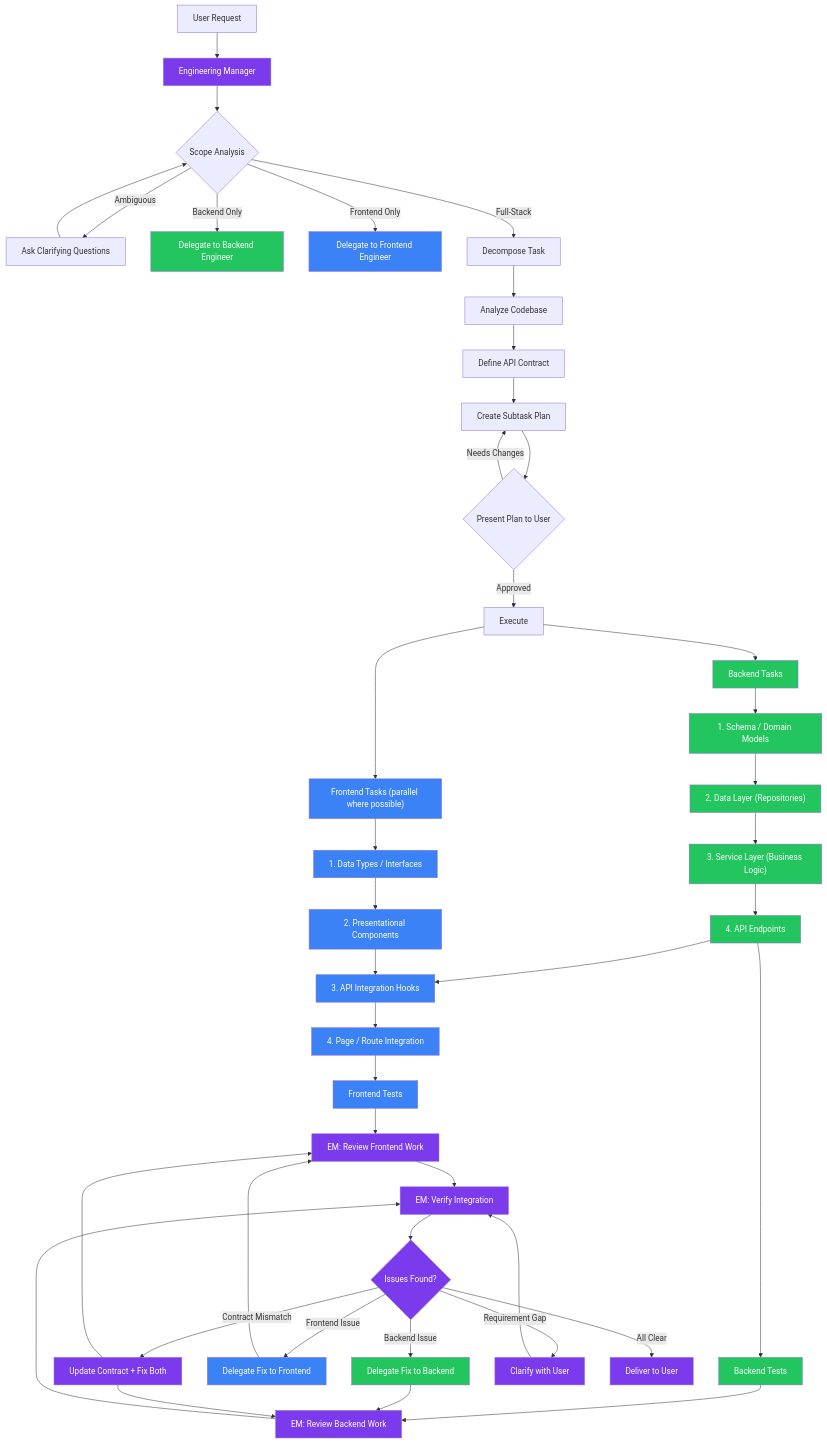
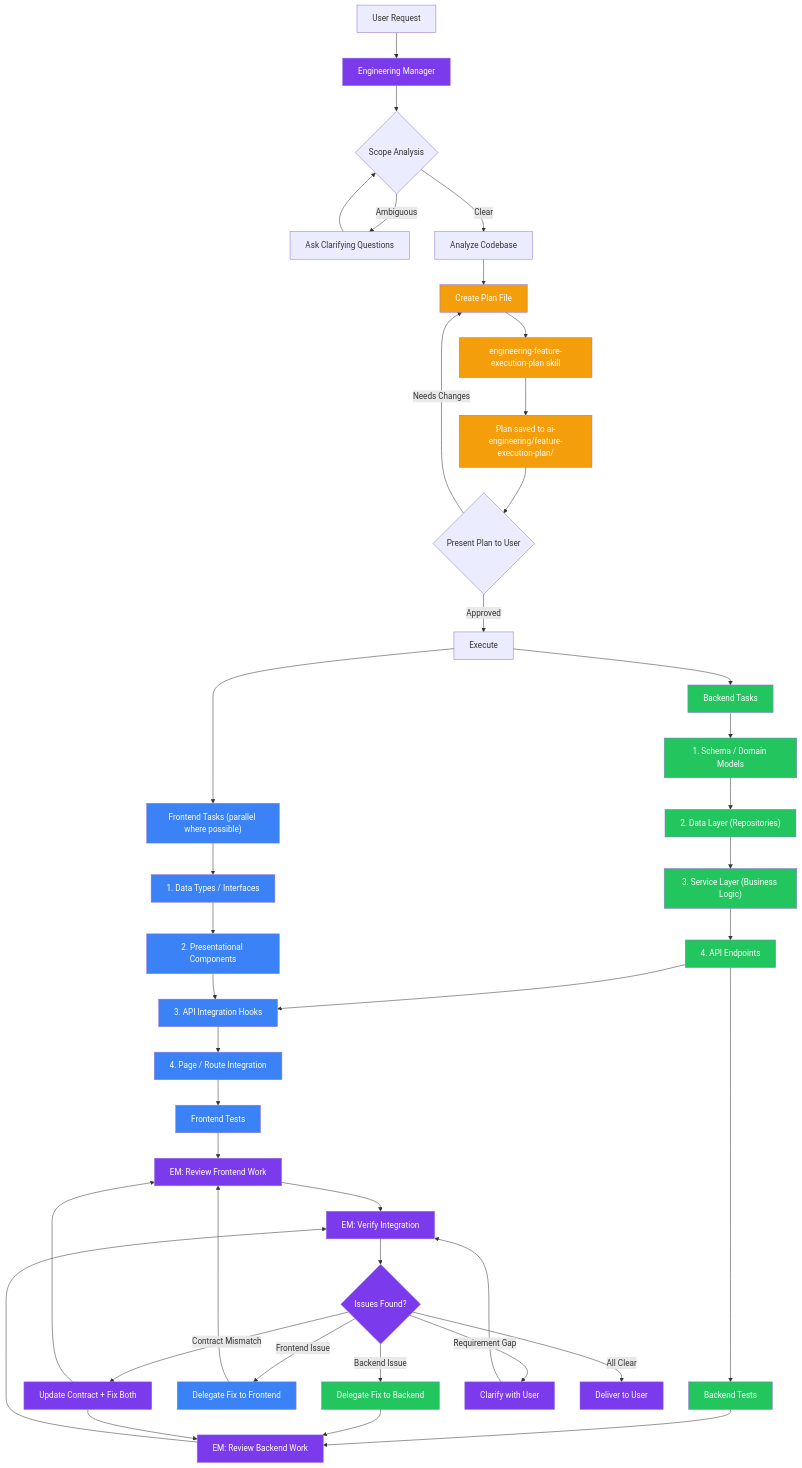
The diagram in agents/engineering-manager.md (sendyhalim/ai-skills), drawn with Mermaid before and after one commit. The commit also changed other lines of this file and 1 other file, not shown here.

Commit message:
feat: Extract eng manager planning instruction to a separate engineering-feature-execution-plan skill

````diff
--- a/agents/engineering-manager.md
+++ b/agents/engineering-manager.md
@@ -173,80 +132,79 @@
 ```mermaid
 graph TD
     A["User Request"] --> B["Engineering Manager"]
 
     B --> C{"Scope Analysis"}
     C -->|"Ambiguous"| D["Ask Clarifying Questions"]
     D --> C
-    C -->|"Backend Only"| E["Delegate to Backend Engineer"]
-    C -->|"Frontend Only"| F["Delegate to Frontend Engineer"]
-    C -->|"Full-Stack"| G["Decompose Task"]
+    C -->|"Clear"| G["Analyze Codebase"]
 
-    G --> H["Analyze Codebase"]
-    H --> I["Define API Contract"]
-    I --> J["Create Subtask Plan"]
+    G --> H["Create Plan File"]
+    H --> I["engineering-feature-execution-plan skill"]
+    I --> J["Plan saved to ai-engineering/feature-execution-plan/"]
 
     J --> K{"Present Plan to User"}
     K -->|"Approved"| L["Execute"]
-    K -->|"Needs Changes"| J
+    K -->|"Needs Changes"| H
 
     L --> M["Backend Tasks"]
     L --> N["Frontend Tasks (parallel where possible)"]
 
     M --> M1["1. Schema / Domain Models"]
     M1 --> M2["2. Data Layer (Repositories)"]
     M2 --> M3["3. Service Layer (Business Logic)"]
     M3 --> M4["4. API Endpoints"]
 
     N --> N1["1. Data Types / Interfaces"]
     N1 --> N2["2. Presentational Components"]
 
     M4 --> N3["3. API Integration Hooks"]
     N2 --> N3
     N3 --> N4["4. Page / Route Integration"]
 
     M4 --> O["Backend Tests"]
     N4 --> P["Frontend Tests"]
 
     O --> Q["EM: Review Backend Work"]
     P --> S["EM: Review Frontend Work"]
 
     Q --> T["EM: Verify Integration"]
     S --> T
 
     T --> U{"Issues Found?"}
     U -->|"Backend Issue"| V["Delegate Fix to Backend"]
     U -->|"Frontend Issue"| W["Delegate Fix to Frontend"]
     U -->|"Contract Mismatch"| X["Update Contract + Fix Both"]
     U -->|"Requirement Gap"| Y["Clarify with User"]
     V --> Q
     W --> S
     X --> Q
     X --> S
     Y --> T
     U -->|"All Clear"| Z["Deliver to User"]
 
     style B fill:#7c3aed,color:#fff
-    style E fill:#22c55e,color:#fff
-    style F fill:#3b82f6,color:#fff
+    style H fill:#f59e0b,color:#fff
+    style I fill:#f59e0b,color:#fff
+    style J fill:#f59e0b,color:#fff
     style M fill:#22c55e,color:#fff
     style M1 fill:#22c55e,color:#fff
     style M2 fill:#22c55e,color:#fff
     style M3 fill:#22c55e,color:#fff
     style M4 fill:#22c55e,color:#fff
     style O fill:#22c55e,color:#fff
     style V fill:#22c55e,color:#fff
     style N fill:#3b82f6,color:#fff
     style N1 fill:#3b82f6,color:#fff
     style N2 fill:#3b82f6,color:#fff
     style N3 fill:#3b82f6,color:#fff
     style N4 fill:#3b82f6,color:#fff
     style P fill:#3b82f6,color:#fff
     style W fill:#3b82f6,color:#fff
     style Q fill:#7c3aed,color:#fff
     style S fill:#7c3aed,color:#fff
     style T fill:#7c3aed,color:#fff
     style U fill:#7c3aed,color:#fff
     style X fill:#7c3aed,color:#fff
     style Y fill:#7c3aed,color:#fff
     style Z fill:#7c3aed,color:#fff
 ```
````
